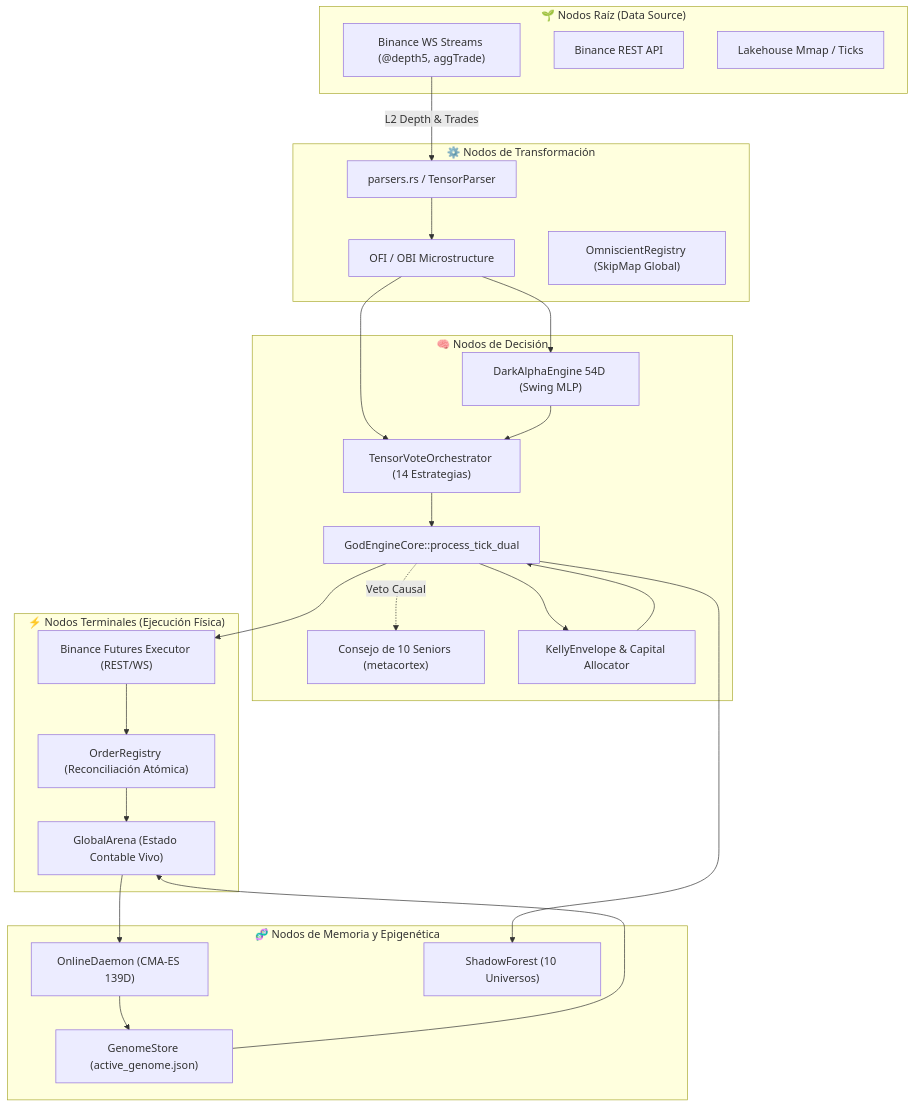
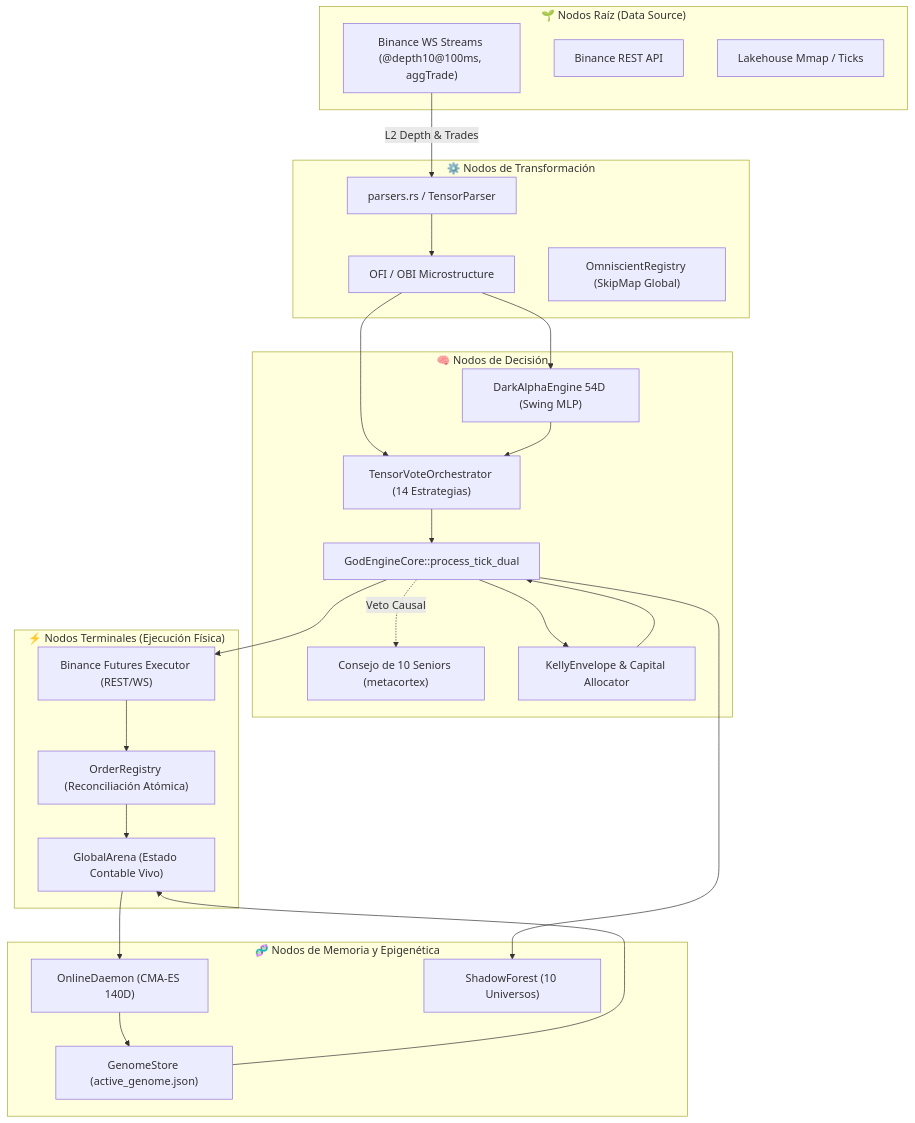
One commit to Jhona-la/Trader-Gemini changed the diagram in INFORME_FORENSE_MAESTRO.md. Above: the diagram before and after it, drawn with Mermaid. The commit also changed other lines of this file and 1 other file, not shown here.

````diff
--- a/INFORME_FORENSE_MAESTRO.md
+++ b/INFORME_FORENSE_MAESTRO.md
@@ -36,51 +35,51 @@
 ```mermaid
 graph TD
     subgraph Root["🌱 Nodos Raíz (Data Source)"]
-        WS["Binance WS Streams (@depth5, aggTrade)"]
+        WS["Binance WS Streams (@depth10@100ms, aggTrade)"]
         REST["Binance REST API"]
         LAKE["Lakehouse Mmap / Ticks"]
     end
 
     subgraph Transform["⚙️ Nodos de Transformación"]
         PARSER["parsers.rs / TensorParser"]
         OFI["OFI / OBI Microstructure"]
         REGISTRY["OmniscientRegistry (SkipMap Global)"]
     end
 
     subgraph Decision["🧠 Nodos de Decisión"]
         DARK["DarkAlphaEngine 54D (Swing MLP)"]
         CONSEJO["Consejo de 10 Seniors (metacortex)"]
         TENSOR["TensorVoteOrchestrator (14 Estrategias)"]
         CORE["GodEngineCore::process_tick_dual"]
         RISK["KellyEnvelope & Capital Allocator"]
     end
 
     subgraph Terminal["⚡ Nodos Terminales (Ejecución Física)"]
         EXEC["Binance Futures Executor (REST/WS)"]
         REG["OrderRegistry (Reconciliación Atómica)"]
         ARENA["GlobalArena (Estado Contable Vivo)"]
     end
 
     subgraph Memory["🧬 Nodos de Memoria y Epigenética"]
         STORE["GenomeStore (active_genome.json)"]
-        DAEMON["OnlineDaemon (CMA-ES 139D)"]
+        DAEMON["OnlineDaemon (CMA-ES 140D)"]
         SHADOW["ShadowForest (10 Universos)"]
     end
 
     WS -->|L2 Depth & Trades| PARSER
     PARSER --> OFI
     OFI --> TENSOR
     OFI --> DARK
     DARK --> TENSOR
     TENSOR --> CORE
     CORE --> RISK
     RISK --> CORE
     CORE --> EXEC
     EXEC --> REG
     REG --> ARENA
     ARENA --> DAEMON
     DAEMON --> STORE
     STORE --> ARENA
     CORE -.->|Veto Causal| CONSEJO
     CORE --> SHADOW
 ```
````
